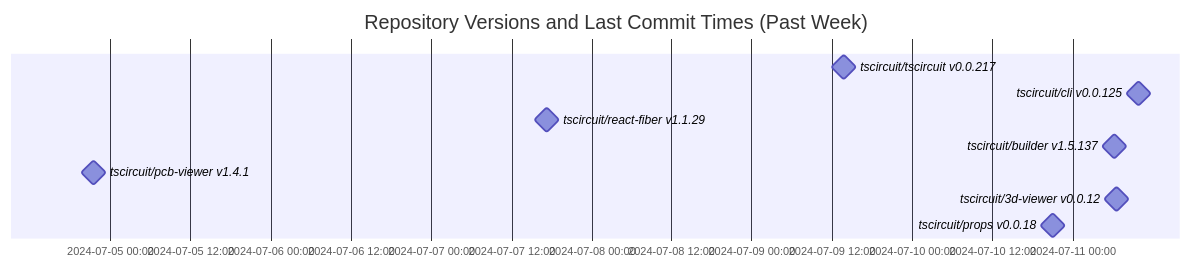
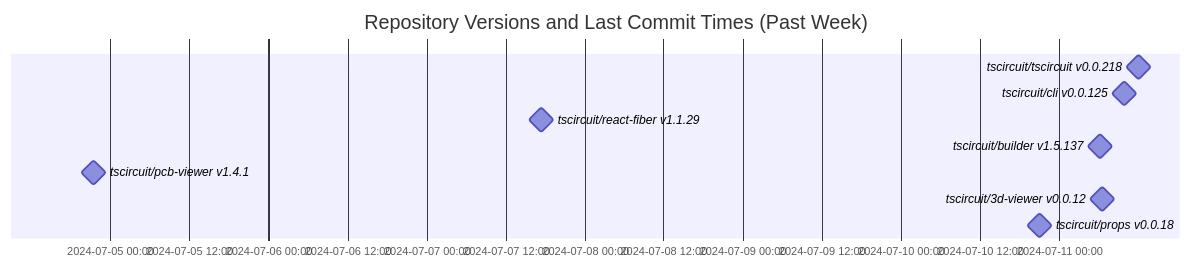
The diagram in README.md (tscircuit/version-tracker), drawn with Mermaid before and after one commit.

Commit message:
Update chart

````diff
--- a/README.md
+++ b/README.md
@@ -1,14 +1,14 @@
 ```mermaid
 gantt
   dateFormat  YYYY-MM-DD HH:mm:ss
   title Repository Versions and Last Commit Times (Past Week)
   axisFormat %Y-%m-%d %H:%M
 
-  tscircuit/tscircuit v0.0.217 : milestone, 2024-07-09 13:42:47, 1s
+  tscircuit/tscircuit v0.0.218 : milestone, 2024-07-11 11:58:00, 1s
   tscircuit/cli v0.0.125 : milestone, 2024-07-11 09:51:12, 1s
   tscircuit/react-fiber v1.1.29 : milestone, 2024-07-07 17:23:26, 1s
   tscircuit/builder v1.5.137 : milestone, 2024-07-11 06:10:19, 1s
   tscircuit/pcb-viewer v1.4.1 : milestone, 2024-07-04 21:31:51, 1s
   tscircuit/3d-viewer v0.0.12 : milestone, 2024-07-11 06:31:56, 1s
   tscircuit/props v0.0.18 : milestone, 2024-07-10 20:59:29, 1s
 ```
````
